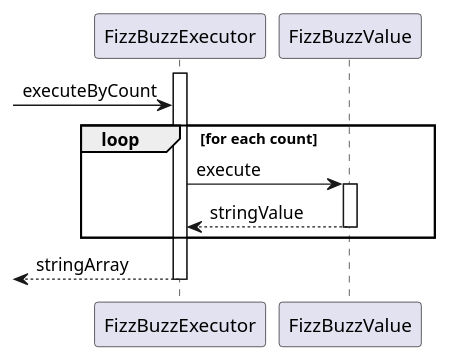
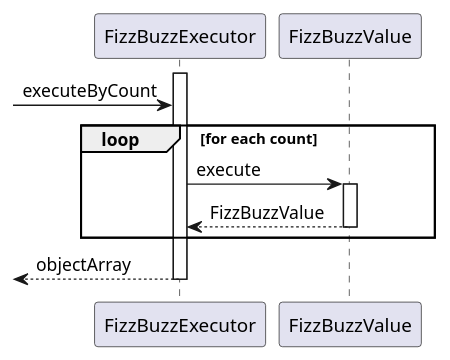
One commit to k2works/etude_for_java changed the second of 2 diagrams in docs/src/fizzbuzz.md. Above: the diagram before and after it, drawn with PlantUML. The commit also changed other lines of this file and 7 other files, not shown here.

First line of the commit message:
FizzBuzz #EFJ-8

````diff
--- a/docs/src/fizzbuzz.md
+++ b/docs/src/fizzbuzz.md
@@ -58,14 +67,14 @@
 ```puml
 @startuml
    activate FizzBuzzExecutor
    -> FizzBuzzExecutor :executeByCount
    loop for each count
       FizzBuzzExecutor -> FizzBuzzValue :execute
       activate FizzBuzzValue
-        FizzBuzzExecutor <-- FizzBuzzValue :stringValue
+        FizzBuzzExecutor <-- FizzBuzzValue :FizzBuzzValue
       deactivate FizzBuzzValue
    end
-   <-- FizzBuzzExecutor :stringArray
+   <-- FizzBuzzExecutor :objectArray
    deactivate FizzBuzzExecutor
 @enduml
 ```
````
